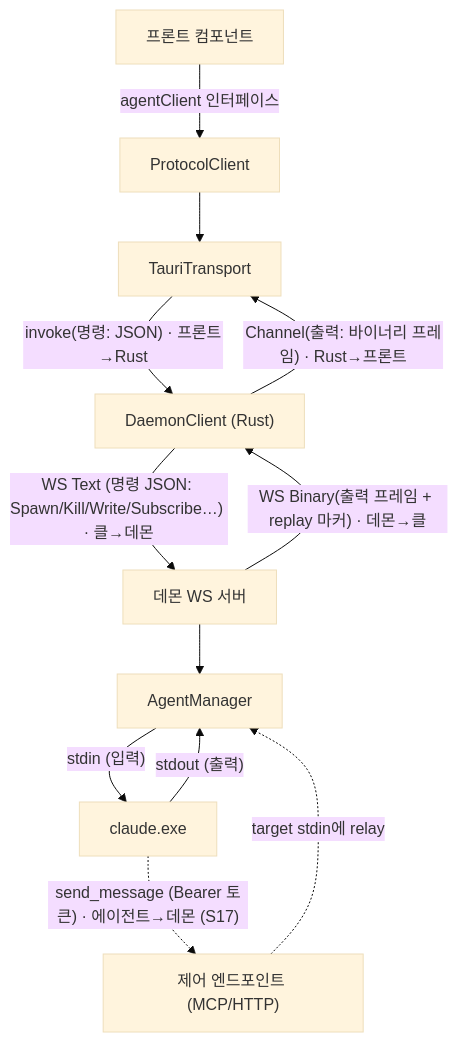
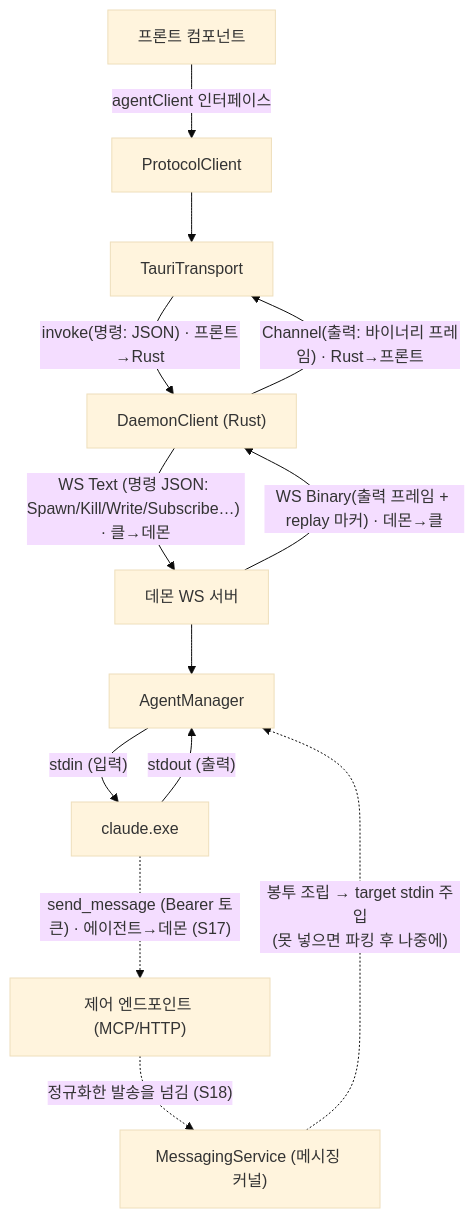
The second of 20 diagrams in docs/reference/architecture-overview.md (kimsunzun/engram-dashboard), drawn with Mermaid (base theme) before and after one commit. The commit also changed other lines of this file and 1 other file, not shown here.

First line of the commit message:
docs: architecture-overview 메시징(S18) 편입 — 공개 드리프트 해소 (/review doc 2인 취합 19건 반영)

````diff
--- a/docs/reference/architecture-overview.md
+++ b/docs/reference/architecture-overview.md
@@ -110,23 +113,25 @@
 ```mermaid
 flowchart TD
   FC["프론트 컴포넌트"]
   PC["ProtocolClient"]
   TT["TauriTransport"]
   DC["DaemonClient (Rust)"]
   WSS["데몬 WS 서버"]
   AM["AgentManager"]
   CTL["제어 엔드포인트 (MCP/HTTP)"]
+  MSGK["MessagingService (메시징 커널)"]
   CL["claude.exe"]
 
   FC -->|"agentClient 인터페이스"| PC
   PC --> TT
   TT -->|"invoke(명령: JSON) · 프론트→Rust"| DC
   DC -->|"Channel(출력: 바이너리 프레임) · Rust→프론트"| TT
   DC -->|"WS Text (명령 JSON: Spawn/Kill/Write/Subscribe…) · 클→데몬"| WSS
   WSS -->|"WS Binary(출력 프레임 + replay 마커) · 데몬→클"| DC
   WSS --> AM
   AM -->|"stdin (입력)"| CL
   CL -->|"stdout (출력)"| AM
   CL -.->|"send_message (Bearer 토큰) · 에이전트→데몬 (S17)"| CTL
-  CTL -.->|"target stdin에 relay"| AM
+  CTL -.->|"정규화한 발송을 넘김 (S18)"| MSGK
+  MSGK -.->|"봉투 조립 → target stdin 주입<br/>(못 넣으면 파킹 후 나중에)"| AM
 ```
````
